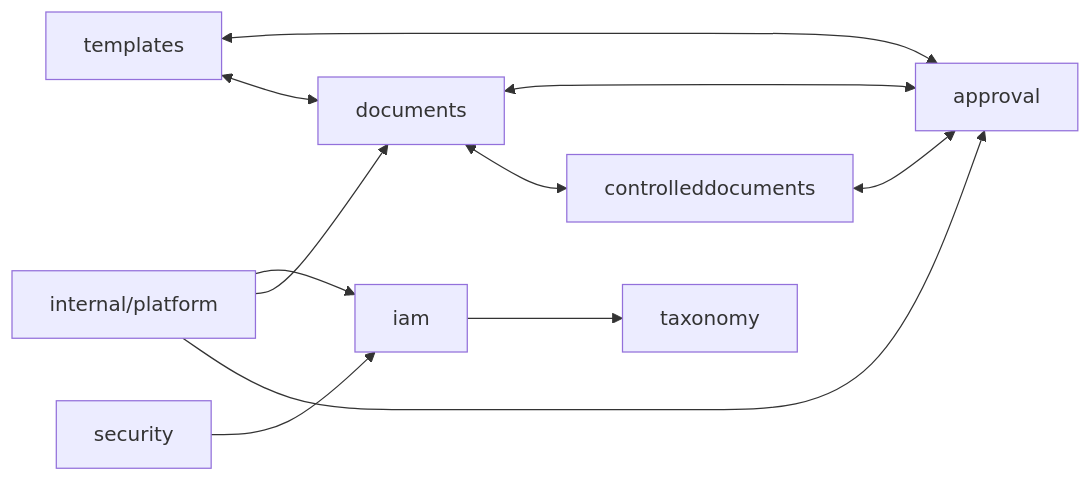
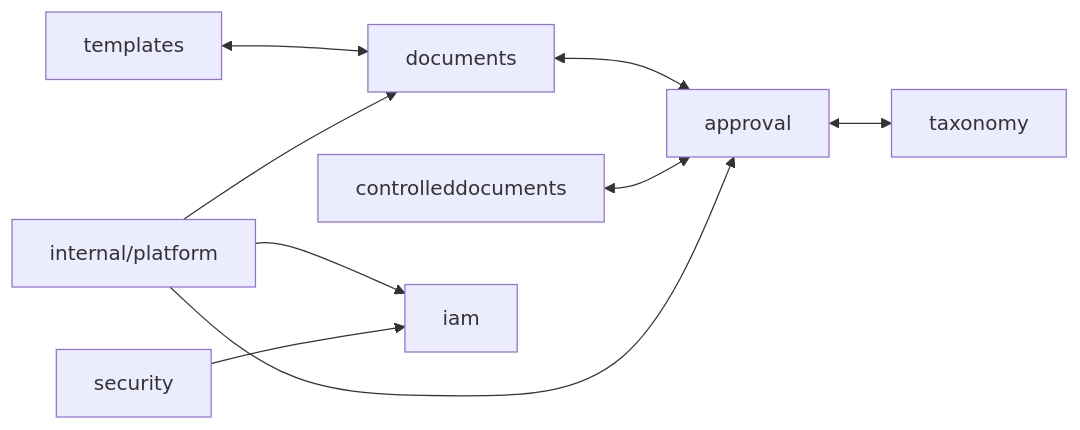
One commit to developmentconexus-ops/MetalDocs changed the first of 2 diagrams in docs/superpowers/analysis/2026-08-09-metaldocs-architecture-current-state.md. Above: the diagram before and after it, drawn with Mermaid. The commit also changed other lines of this file, not shown here.

Commit message:
docs: pin architecture audit to current main baseline

````diff
--- a/docs/superpowers/analysis/2026-08-09-metaldocs-architecture-current-state.md
+++ b/docs/superpowers/analysis/2026-08-09-metaldocs-architecture-current-state.md
@@ -41,22 +58,20 @@
 ```mermaid
 flowchart LR
     DOC[documents]
     CD[controlleddocuments]
     TMP[templates]
     APR[approval]
     IAM[iam]
     SEC[security]
     TAX[taxonomy]
     PLAT[internal/platform]
 
     DOC <--> APR
     CD <--> APR
-    TMP <--> APR
-    DOC <--> CD
     TMP <--> DOC
+    APR <--> TAX
     PLAT --> IAM
     PLAT --> DOC
     PLAT --> APR
-    IAM --> TAX
     SEC --> IAM
 ```
````
